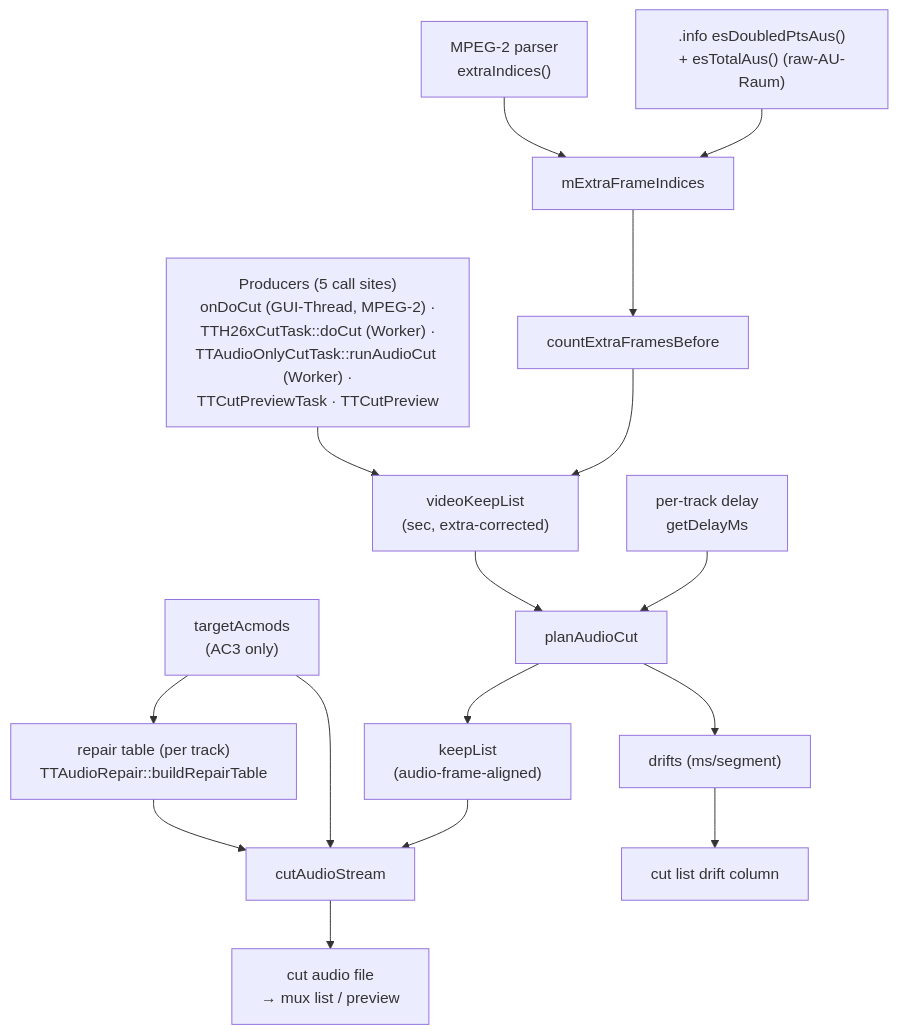
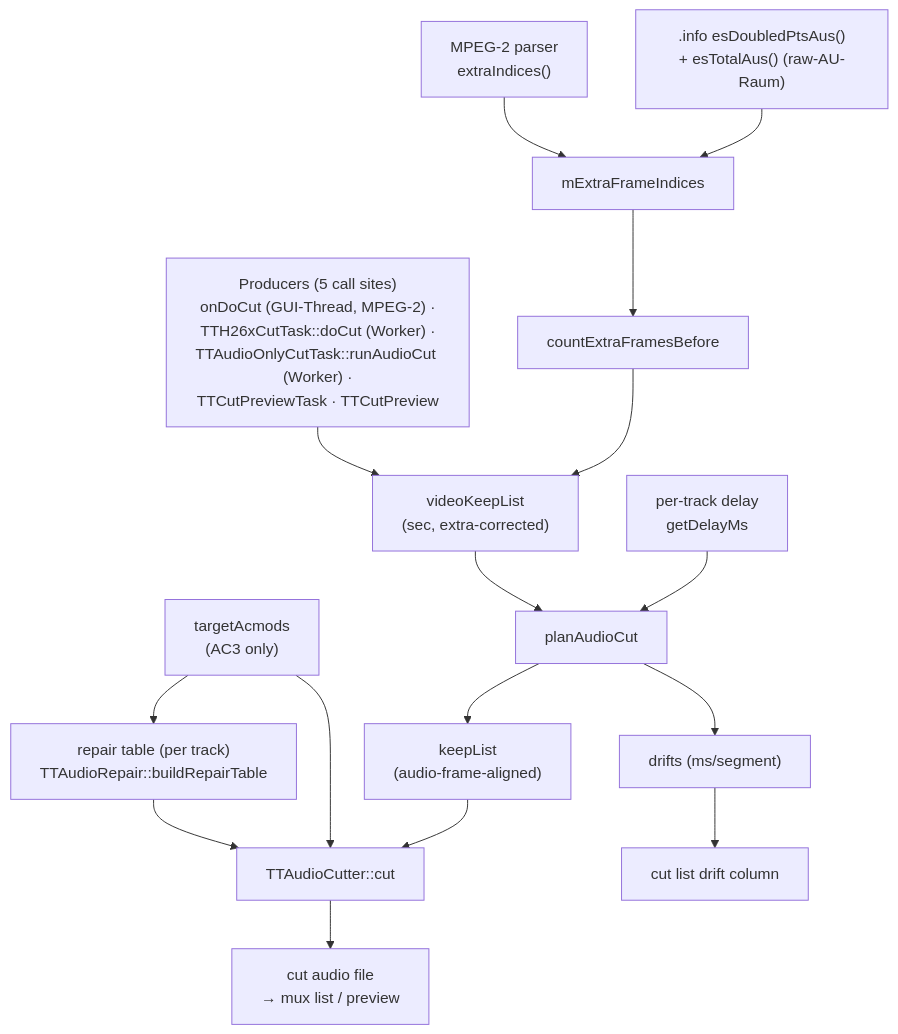
Before and after one commit to MINIXJR/TTCut-ng: the diagram in docs/code-map/audio-cut-timing.md, drawn with Mermaid. The commit also changed other lines of this file and 24 other files, not shown here.

````diff
--- a/docs/code-map/audio-cut-timing.md
+++ b/docs/code-map/audio-cut-timing.md
@@ -58,34 +58,34 @@
 ```mermaid
 flowchart TD
   INFO[".info esDoubledPtsAus()<br/>+ esTotalAus() (raw-AU-Raum)"]
   MP2X["MPEG-2 parser<br/>extraIndices()"]
   EXTRA["mExtraFrameIndices"]
   CEFB["countExtraFramesBefore"]
   PROD["Producers (5 call sites)<br/>onDoCut (GUI-Thread, MPEG-2) ·<br/>TTH26xCutTask::doCut (Worker) ·<br/>TTAudioOnlyCutTask::runAudioCut (Worker) ·<br/>TTCutPreviewTask · TTCutPreview"]
   VKL["videoKeepList<br/>(sec, extra-corrected)"]
   DELAY["per-track delay<br/>getDelayMs"]
   PLAN["planAudioCut"]
   KEEP["keepList<br/>(audio-frame-aligned)"]
   ACMOD["targetAcmods<br/>(AC3 only)"]
   REPAIR["repair table (per track)<br/>TTAudioRepair::buildRepairTable"]
-  CUT["cutAudioStream"]
+  CUT["TTAudioCutter::cut"]
   OUT["cut audio file<br/>→ mux list / preview"]
   DRIFT["drifts (ms/segment)"]
   COL4["cut list drift column"]
 
   INFO --> EXTRA
   MP2X --> EXTRA
   EXTRA --> CEFB
   CEFB --> VKL
   PROD --> VKL
   DELAY --> PLAN
   VKL --> PLAN
   PLAN --> KEEP
   PLAN --> DRIFT
   KEEP --> CUT
   ACMOD --> CUT
   ACMOD --> REPAIR
   REPAIR --> CUT
   CUT --> OUT
   DRIFT --> COL4
 ```
````
